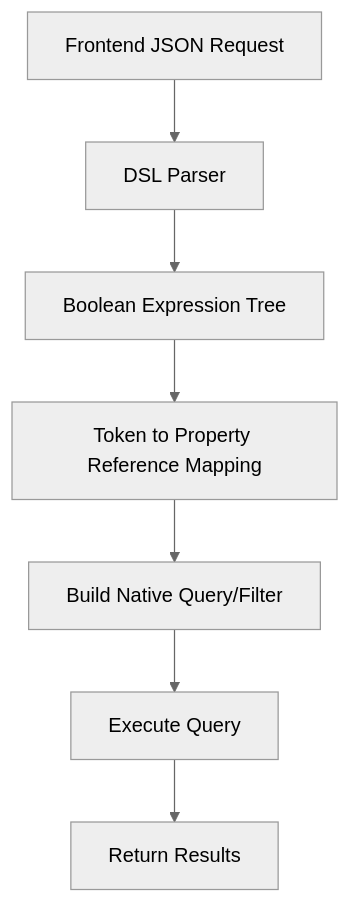
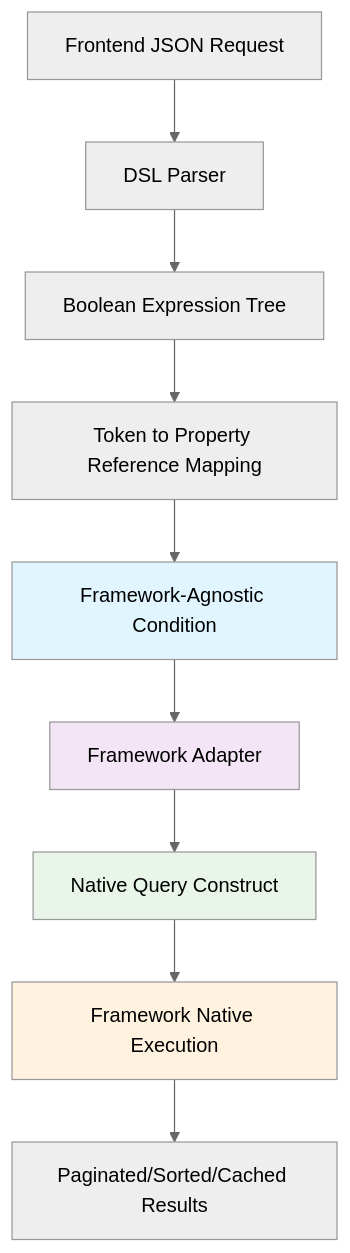
The diagram in README.md (cyfko/filter-build), drawn with Mermaid (neutral theme) before and after one commit. The commit also changed other lines of this file and 7 other files, not shown here.

````diff
--- a/README.md
+++ b/README.md
@@ -119,9 +113,16 @@
 ```mermaid
 flowchart TD
 A[Frontend JSON Request] --> B[DSL Parser]
 B --> C[Boolean Expression Tree]
 C --> D[Token to Property Reference Mapping]
-D --> E[Build Native Query/Filter]
-E --> F[Execute Query]
-F --> G[Return Results]
+D --> E[Framework-Agnostic Condition]
+E --> F[Framework Adapter]
+F --> G[Native Query Construct]
+G --> H[Framework Native Execution]
+H --> I[Paginated/Sorted/Cached Results]
+
+style E fill:#e1f5fe
+style F fill:#f3e5f5
+style G fill:#e8f5e8
+style H fill:#fff3e0
 ```
````
